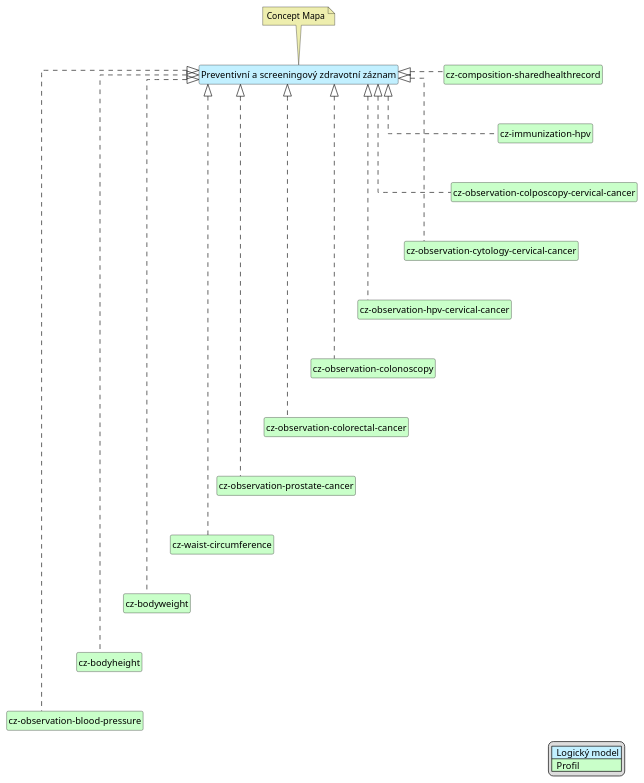
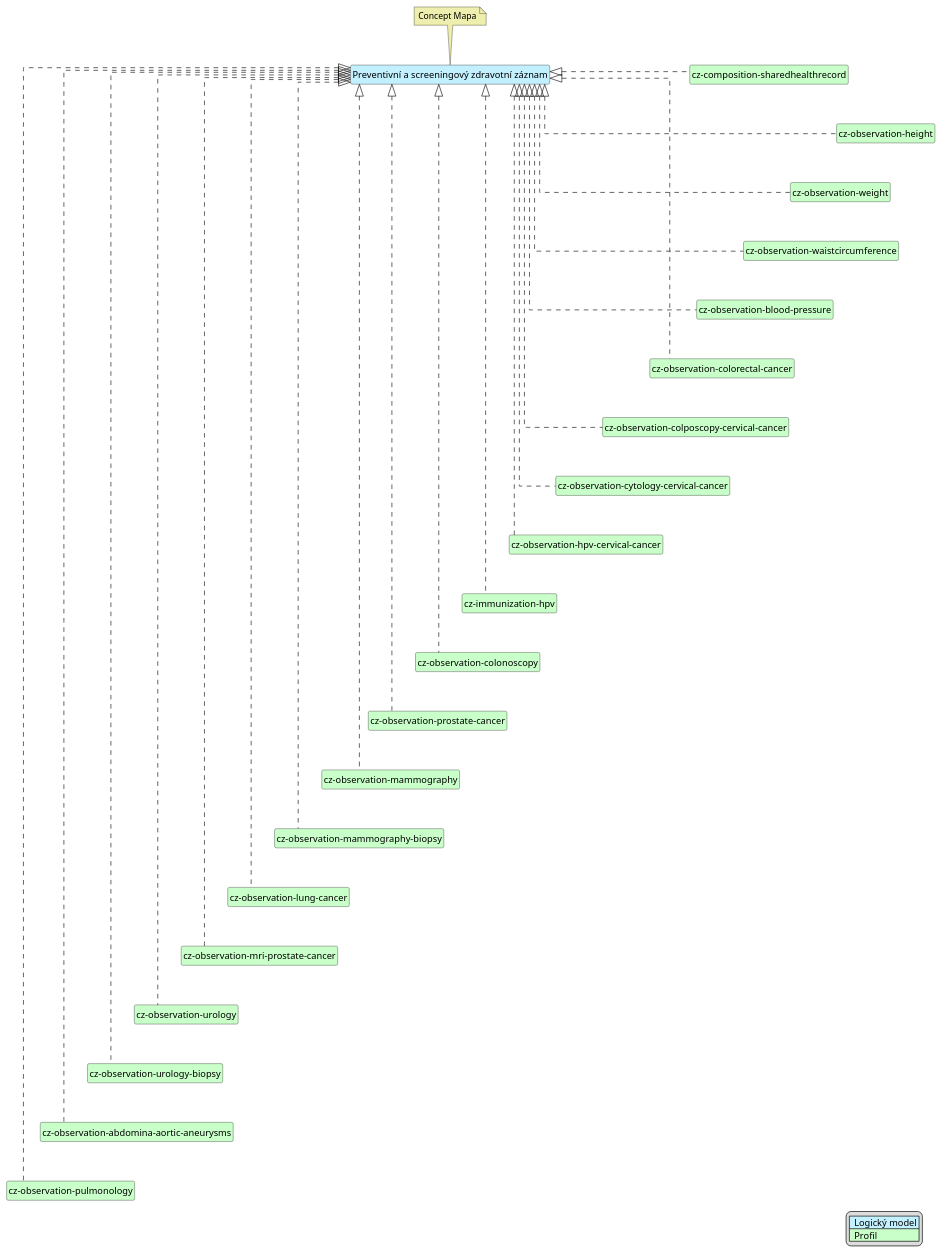
The diagram in input/images-source/szz-scr-map-cs.plantuml (HL7-cz/szz), drawn with PlantUML before and after one commit. The commit also changed 1 other file, not shown here.

```diff
--- a/input/images-source/szz-scr-map-cs.plantuml
+++ b/input/images-source/szz-scr-map-cs.plantuml
@@ -1,59 +1,84 @@
 @startuml
 hide circle
 hide stereotype
 hide members
 hide methods
 skinparam linetype ortho
 skinparam class {
 BackgroundColor<<LogicalModel>> #APPLICATION
 BackgroundColor<<Profile>> #TECHNOLOGY
 }
 legend right
 | <#APPLICATION>  Logický model |
 | <#TECHNOLOGY>  Profil |
 endlegend
 
 class "Preventivní a screeningový zdravotní záznam" <<LogicalModel>> [[StructureDefinition-LogPreventiveAndScreeningRecordCz.html]]
 note top #EEEEAE [[ConceptMap-ScreeningRecor2FHIR-cz.html]]
 Concept Mapa
 endnote
 
 class "cz-composition-sharedhealthrecord" <<Profile>> [[StructureDefinition-cz-composition-sharedhealthrecord.html]]
-class "cz-immunization-hpv" <<Profile>> [[StructureDefinition-cz-immunization-hpv.html]]
+class "cz-observation-height" <<Profile>> [[StructureDefinition-cz-observation-height.html]]
+class "cz-observation-weight" <<Profile>> [[StructureDefinition-cz-observation-weight.html]]
+class "cz-observation-waistcircumference" <<Profile>> [[StructureDefinition-cz-observation-waistcircumference.html]]
+class "cz-observation-blood-pressure" <<Profile>> [[StructureDefinition-cz-observation-blood-pressure.html]]
+class "cz-observation-colorectal-cancer" <<Profile>> [[StructureDefinition-cz-observation-colorectal-cancer.html]]
 class "cz-observation-colposcopy-cervical-cancer" <<Profile>> [[StructureDefinition-cz-observation-colposcopy-cervical-cancer.html]]
 class "cz-observation-cytology-cervical-cancer" <<Profile>> [[StructureDefinition-cz-observation-cytology-cervical-cancer.html]]
 class "cz-observation-hpv-cervical-cancer" <<Profile>> [[StructureDefinition-cz-observation-hpv-cervical-cancer.html]]
+class "cz-immunization-hpv" <<Profile>> [[StructureDefinition-cz-immunization-hpv.html]]
 class "cz-observation-colonoscopy" <<Profile>> [[StructureDefinition-cz-observation-colonoscopy.html]]
-class "cz-observation-colorectal-cancer" <<Profile>> [[StructureDefinition-cz-observation-colorectal-cancer.html]]
 class "cz-observation-prostate-cancer" <<Profile>> [[StructureDefinition-cz-observation-prostate-cancer.html]]
-class "cz-waist-circumference" <<Profile>> [[StructureDefinition-cz-waist-circumference.html]]
-class "cz-bodyweight" <<Profile>> [[StructureDefinition-cz-bodyweight.html]]
-class "cz-bodyheight" <<Profile>> [[StructureDefinition-cz-bodyheight.html]]
-class "cz-observation-blood-pressure" <<Profile>> [[StructureDefinition-cz-observation-blood-pressure.html]]
+class "cz-observation-mammography" <<Profile>> [[StructureDefinition-cz-observation-mammography.html]]
+class "cz-observation-mammography-biopsy" <<Profile>> [[StructureDefinition-cz-observation-mammography-biopsy.html]]
+class "cz-observation-lung-cancer" <<Profile>> [[StructureDefinition-cz-observation-lung-cancer.html]]
+class "cz-observation-mri-prostate-cancer" <<Profile>> [[StructureDefinition-cz-observation-mri-prostate-cancer.html]]
+class "cz-observation-urology" <<Profile>> [[StructureDefinition-cz-observation-urology.html]]
+class "cz-observation-urology-biopsy" <<Profile>> [[StructureDefinition-cz-observation-urology-biopsy.html]]
+class "cz-observation-abdomina-aortic-aneurysms" <<Profile>> [[StructureDefinition-cz-observation-abdomina-aortic-aneurysms.html]]
+class "cz-observation-pulmonology" <<Profile>> [[StructureDefinition-cz-observation-pulmonology.html]]
 
 "Preventivní a screeningový zdravotní záznam" <|. "cz-composition-sharedhealthrecord"
-"Preventivní a screeningový zdravotní záznam" <|. "cz-immunization-hpv"
+"Preventivní a screeningový zdravotní záznam" <|. "cz-observation-height"
+"Preventivní a screeningový zdravotní záznam" <|. "cz-observation-weight"
+"Preventivní a screeningový zdravotní záznam" <|. "cz-observation-waistcircumference"
+"Preventivní a screeningový zdravotní záznam" <|. "cz-observation-blood-pressure"
+"Preventivní a screeningový zdravotní záznam" <|. "cz-observation-colorectal-cancer"
 "Preventivní a screeningový zdravotní záznam" <|. "cz-observation-colposcopy-cervical-cancer"
 "Preventivní a screeningový zdravotní záznam" <|. "cz-observation-cytology-cervical-cancer"
 "Preventivní a screeningový zdravotní záznam" <|. "cz-observation-hpv-cervical-cancer"
+"Preventivní a screeningový zdravotní záznam" <|. "cz-immunization-hpv"
 "Preventivní a screeningový zdravotní záznam" <|. "cz-observation-colonoscopy"
-"Preventivní a screeningový zdravotní záznam" <|. "cz-observation-colorectal-cancer"
 "Preventivní a screeningový zdravotní záznam" <|. "cz-observation-prostate-cancer"
-"Preventivní a screeningový zdravotní záznam" <|. "cz-waist-circumference"
-"Preventivní a screeningový zdravotní záznam" <|. "cz-bodyweight"
-"Preventivní a screeningový zdravotní záznam" <|. "cz-bodyheight"
-"Preventivní a screeningový zdravotní záznam" <|. "cz-observation-blood-pressure"
+"Preventivní a screeningový zdravotní záznam" <|. "cz-observation-mammography"
+"Preventivní a screeningový zdravotní záznam" <|. "cz-observation-mammography-biopsy"
+"Preventivní a screeningový zdravotní záznam" <|. "cz-observation-lung-cancer"
+"Preventivní a screeningový zdravotní záznam" <|. "cz-observation-mri-prostate-cancer"
+"Preventivní a screeningový zdravotní záznam" <|. "cz-observation-urology"
+"Preventivní a screeningový zdravotní záznam" <|. "cz-observation-urology-biopsy"
+"Preventivní a screeningový zdravotní záznam" <|. "cz-observation-abdomina-aortic-aneurysms"
+"Preventivní a screeningový zdravotní záznam" <|. "cz-observation-pulmonology"
 
-"cz-composition-sharedhealthrecord" -d[hidden]-> "cz-immunization-hpv"
-"cz-immunization-hpv" -d[hidden]-> "cz-observation-colposcopy-cervical-cancer"
+"cz-composition-sharedhealthrecord" -d[hidden]-> "cz-observation-height"
+"cz-observation-height" -d[hidden]-> "cz-observation-weight"
+"cz-observation-weight" -d[hidden]-> "cz-observation-waistcircumference"
+"cz-observation-waistcircumference" -d[hidden]-> "cz-observation-blood-pressure"
+"cz-observation-blood-pressure" -d[hidden]-> "cz-observation-colorectal-cancer"
+"cz-observation-colorectal-cancer" -d[hidden]-> "cz-observation-colposcopy-cervical-cancer"
 "cz-observation-colposcopy-cervical-cancer" -d[hidden]-> "cz-observation-cytology-cervical-cancer"
 "cz-observation-cytology-cervical-cancer" -d[hidden]-> "cz-observation-hpv-cervical-cancer"
-"cz-observation-hpv-cervical-cancer" -d[hidden]-> "cz-observation-colonoscopy"
-"cz-observation-colonoscopy"-d[hidden]-> "cz-observation-colorectal-cancer"
-"cz-observation-colorectal-cancer" -d[hidden]-> "cz-observation-prostate-cancer"
-"cz-observation-prostate-cancer" -d[hidden]-> "cz-waist-circumference"
-"cz-waist-circumference" -d[hidden]-> "cz-bodyweight"
-"cz-bodyweight" -d[hidden]-> "cz-bodyheight"
-"cz-bodyheight" -d[hidden]-> "cz-observation-blood-pressure"
+"cz-observation-hpv-cervical-cancer" -d[hidden]-> "cz-immunization-hpv"
+"cz-immunization-hpv" -d[hidden]-> "cz-observation-colonoscopy"
+"cz-observation-colonoscopy" -d[hidden]-> "cz-observation-prostate-cancer"
+"cz-observation-prostate-cancer" -d[hidden]-> "cz-observation-mammography"
+"cz-observation-mammography" -d[hidden]-> "cz-observation-mammography-biopsy"
+"cz-observation-mammography-biopsy" -d[hidden]-> "cz-observation-lung-cancer"
+"cz-observation-lung-cancer" -d[hidden]-> "cz-observation-mri-prostate-cancer"
+"cz-observation-mri-prostate-cancer" -d[hidden]-> "cz-observation-urology"
+"cz-observation-urology" -d[hidden]-> "cz-observation-urology-biopsy"
+"cz-observation-urology-biopsy" -d[hidden]-> "cz-observation-abdomina-aortic-aneurysms"
+"cz-observation-abdomina-aortic-aneurysms" -d[hidden]-> "cz-observation-pulmonology"
+
 
 @enduml
```
